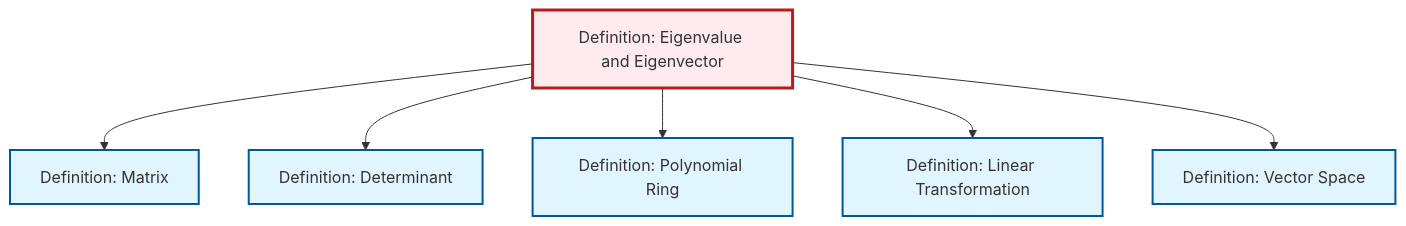
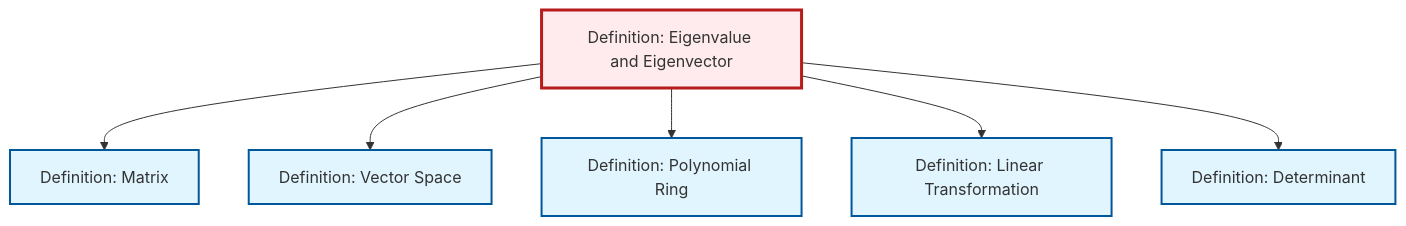
Before and after one commit to RK0429/ModernMath: the diagram in content/ja/algebra/def-eigenvalue-eigenvector.qmd, drawn with Mermaid. The commit also changed other lines of this file and 619 other files, not shown here.

````diff
--- a/content/ja/algebra/def-eigenvalue-eigenvector.qmd
+++ b/content/ja/algebra/def-eigenvalue-eigenvector.qmd
@@ -77,26 +77,26 @@
 ```{mermaid}
 %%| fig-cap: "Local dependency graph"
 graph TD
     classDef definition fill:#e1f5fe,stroke:#01579b,stroke-width:2px
     classDef theorem fill:#f3e5f5,stroke:#4a148c,stroke-width:2px
     classDef axiom fill:#fff3e0,stroke:#e65100,stroke-width:2px
     classDef example fill:#e8f5e9,stroke:#1b5e20,stroke-width:2px
     classDef current fill:#ffebee,stroke:#b71c1c,stroke-width:3px
+    def-determinant["Definition: Determinant"]:::definition
+    def-eigenvalue-eigenvector["Definition: Eigenvalue and Eigenvector"]:::definition
+    def-linear-transformation["Definition: Linear Transformation"]:::definition
     def-polynomial-ring["Definition: Polynomial Ring"]:::definition
+    def-matrix["Definition: Matrix"]:::definition
     def-vector-space["Definition: Vector Space"]:::definition
-    def-determinant["Definition: Determinant"]:::definition
-    def-matrix["Definition: Matrix"]:::definition
-    def-linear-transformation["Definition: Linear Transformation"]:::definition
-    def-eigenvalue-eigenvector["Definition: Eigenvalue and Eigenvector"]:::definition
     def-eigenvalue-eigenvector --> def-matrix
-    def-eigenvalue-eigenvector --> def-determinant
+    def-eigenvalue-eigenvector --> def-vector-space
     def-eigenvalue-eigenvector --> def-polynomial-ring
     def-eigenvalue-eigenvector --> def-linear-transformation
-    def-eigenvalue-eigenvector --> def-vector-space
+    def-eigenvalue-eigenvector --> def-determinant
     class def-eigenvalue-eigenvector current
+    click def-determinant "def-determinant.html" "Definition: Determinantへ"
+    click def-linear-transformation "def-linear-transformation.html" "Definition: Linear Transformationへ"
     click def-polynomial-ring "def-polynomial-ring.html" "Definition: Polynomial Ringへ"
+    click def-matrix "def-matrix.html" "Definition: Matrixへ"
     click def-vector-space "def-vector-space.html" "Definition: Vector Spaceへ"
-    click def-determinant "def-determinant.html" "Definition: Determinantへ"
-    click def-matrix "def-matrix.html" "Definition: Matrixへ"
-    click def-linear-transformation "def-linear-transformation.html" "Definition: Linear Transformationへ"
 ```
````
